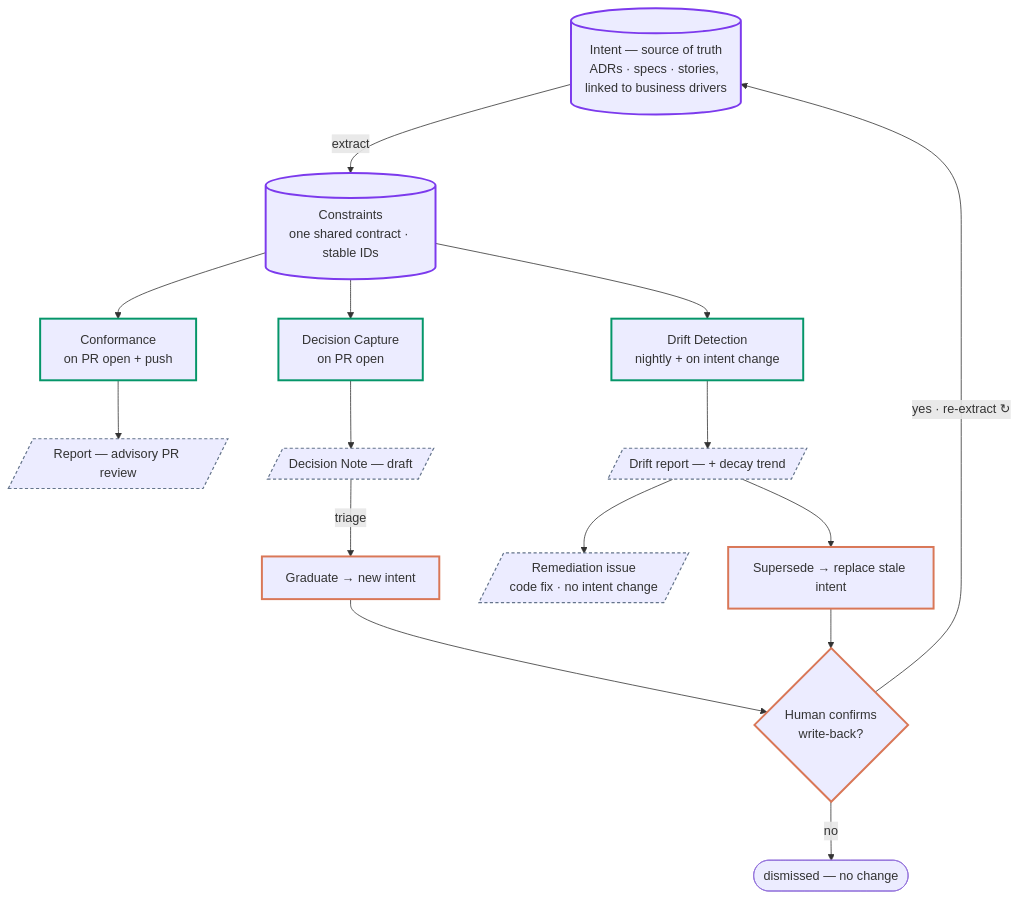
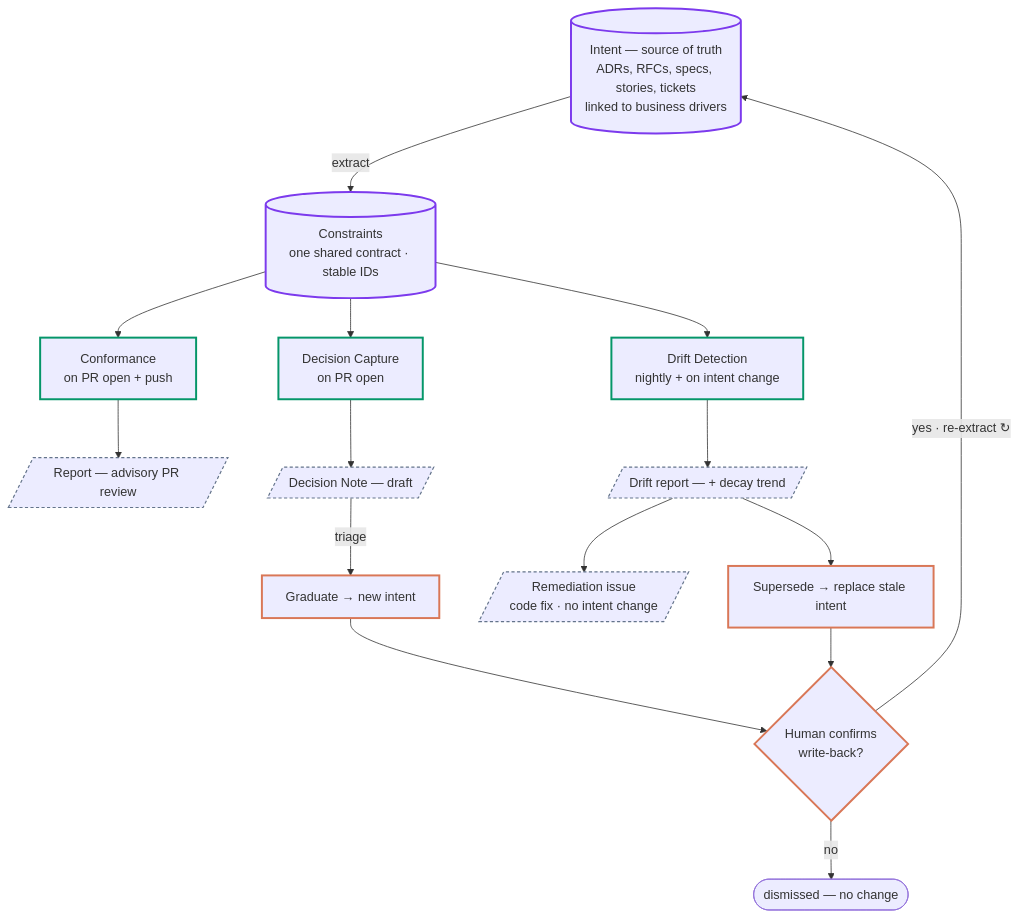
The diagram in README.md (fang-lin/GlobalHack-DeliveryRadar), drawn with Mermaid before and after one commit.

Commit message:
docs: expand intent carriers in the diagram to ADRs/RFCs/specs/stories/tickets (consistent with glossary + FAQ)

````diff
--- a/README.md
+++ b/README.md
@@ -90,40 +90,40 @@
 ```mermaid
 flowchart TB
-    I[("Intent — source of truth<br/>ADRs · specs · stories, linked to business drivers")]
+    I[("Intent — source of truth<br/>ADRs, RFCs, specs, stories, tickets<br/>linked to business drivers")]
     C[("Constraints<br/>one shared contract · stable IDs")]
     CONF["Conformance<br/>on PR open + push"]
     CAP["Decision Capture<br/>on PR open"]
     DRIFT["Drift Detection<br/>nightly + on intent change"]
     R[/"Report — advisory PR review"/]
     DN[/"Decision Note — draft"/]
     DR[/"Drift report — + decay trend"/]
     REM[/"Remediation issue<br/>code fix · no intent change"/]
     G["Graduate → new intent"]
     SUP["Supersede → replace stale intent"]
     H{"Human confirms<br/>write-back?"}
     X(["dismissed — no change"])
 
     I -- extract --> C
     C --> CONF
     C --> CAP
     C --> DRIFT
     CONF --> R
     CAP --> DN
     DN -- triage --> G
     DRIFT --> DR
     DR --> REM
     DR --> SUP
     G --> H
     SUP --> H
     H -- "yes · re-extract ↻" --> I
     H -- no --> X
 
     classDef store stroke:#7c3aed,stroke-width:2.5px;
     class I,C store;
     classDef op stroke:#059669,stroke-width:2.5px;
     class CONF,CAP,DRIFT op;
     classDef output stroke:#64748b,stroke-width:1.5px,stroke-dasharray:4 3;
     class R,DN,DR,REM output;
     classDef gate stroke:#d97757,stroke-width:2.5px;
     class G,SUP,H gate;
 ```
````
